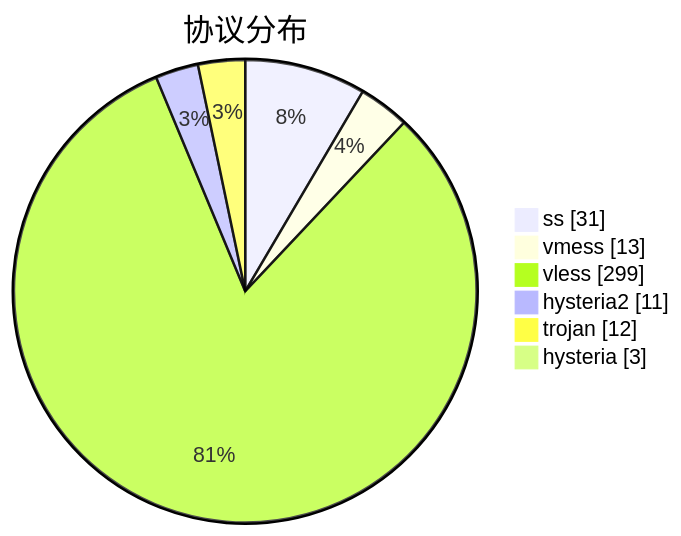
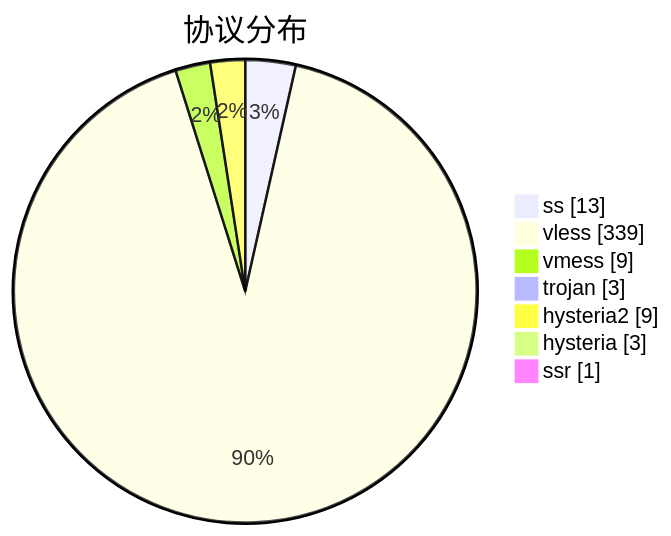
One commit to sinspired/airport changed the third of 3 diagrams in subs/statistics/tested_within.md. Above: the diagram before and after it, drawn with Mermaid. The commit also changed other lines of this file and 2 other files, not shown here.

````diff
--- a/subs/statistics/tested_within.md
+++ b/subs/statistics/tested_within.md
@@ -42,10 +39,11 @@
 ```mermaid
 pie showData
 title 协议分布
-"ss" : 31
-"vmess" : 13
-"vless" : 299
-"hysteria2" : 11
-"trojan" : 12
+"ss" : 13
+"vless" : 339
+"vmess" : 9
+"trojan" : 3
+"hysteria2" : 9
 "hysteria" : 3
+"ssr" : 1
 ```
````
